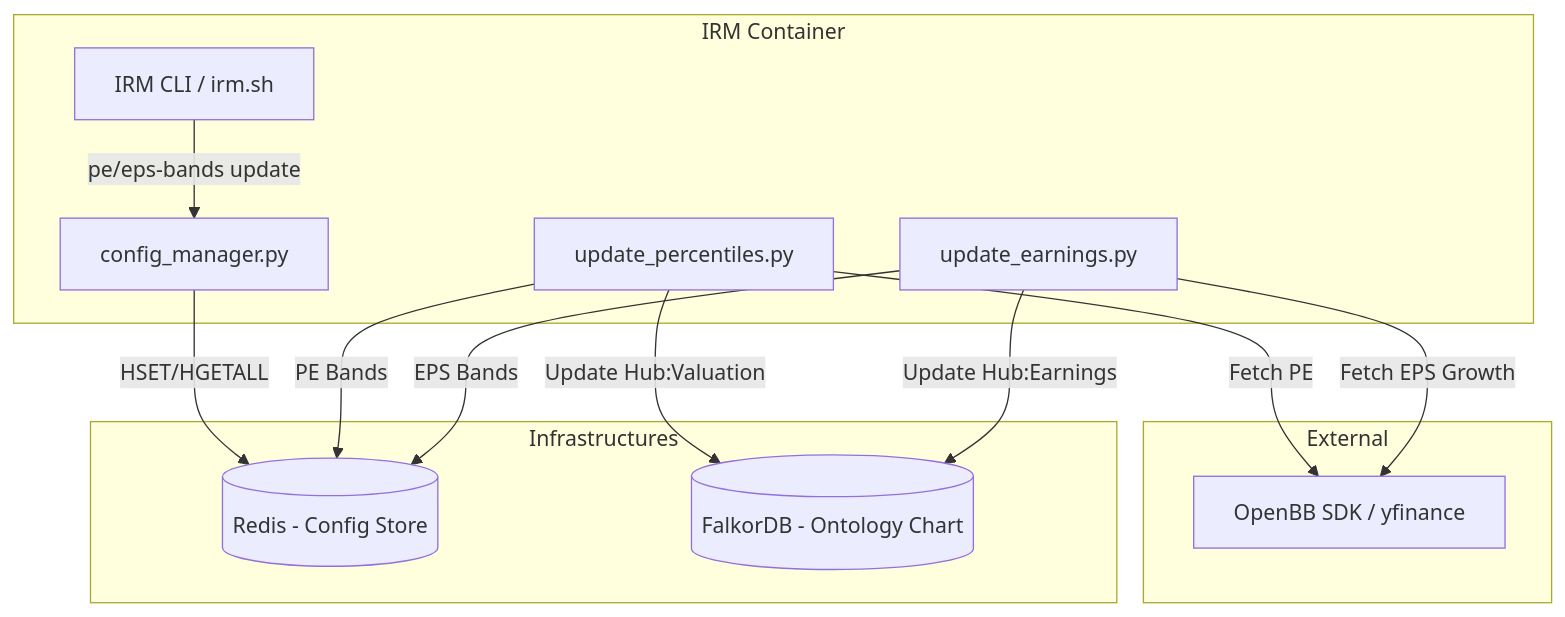
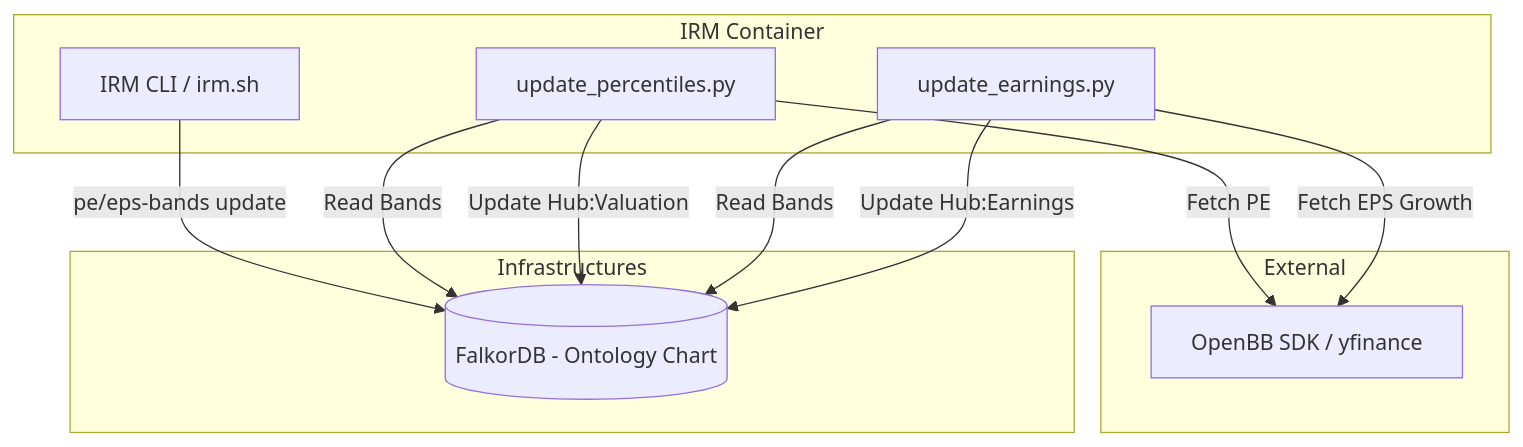
The second of 4 diagrams in irm/ARCHITECTURE.md (stormwine1986/pi-mono-stack), drawn with Mermaid before and after one commit. The commit also changed other lines of this file and 5 other files, not shown here.

````diff
--- a/irm/ARCHITECTURE.md
+++ b/irm/ARCHITECTURE.md
@@ -321,27 +324,24 @@
 ```mermaid
 graph TD
     subgraph "External"
         OpenBB[OpenBB SDK / yfinance]
     end
 
     subgraph "IRM Container"
         CLI[IRM CLI / irm.sh]
-        ConfigMgr[config_manager.py]
         ValUpdate[update_percentiles.py]
         EarnUpdate[update_earnings.py]
     end
 
     subgraph "Infrastructures"
-        Redis[(Redis - Config Store)]
         FalkorDB[(FalkorDB - Ontology Chart)]
     end
 
-    CLI -->|pe/eps-bands update| ConfigMgr
-    ConfigMgr -->|HSET/HGETALL| Redis
-    ValUpdate -->|PE Bands| Redis
+    CLI -->|pe/eps-bands update| FalkorDB
+    ValUpdate -->|Read Bands| FalkorDB
     ValUpdate -->|Fetch PE| OpenBB
     ValUpdate -->|Update Hub:Valuation| FalkorDB
-    EarnUpdate -->|EPS Bands| Redis
+    EarnUpdate -->|Read Bands| FalkorDB
     EarnUpdate -->|Fetch EPS Growth| OpenBB
     EarnUpdate -->|Update Hub:Earnings| FalkorDB
 ```
````
